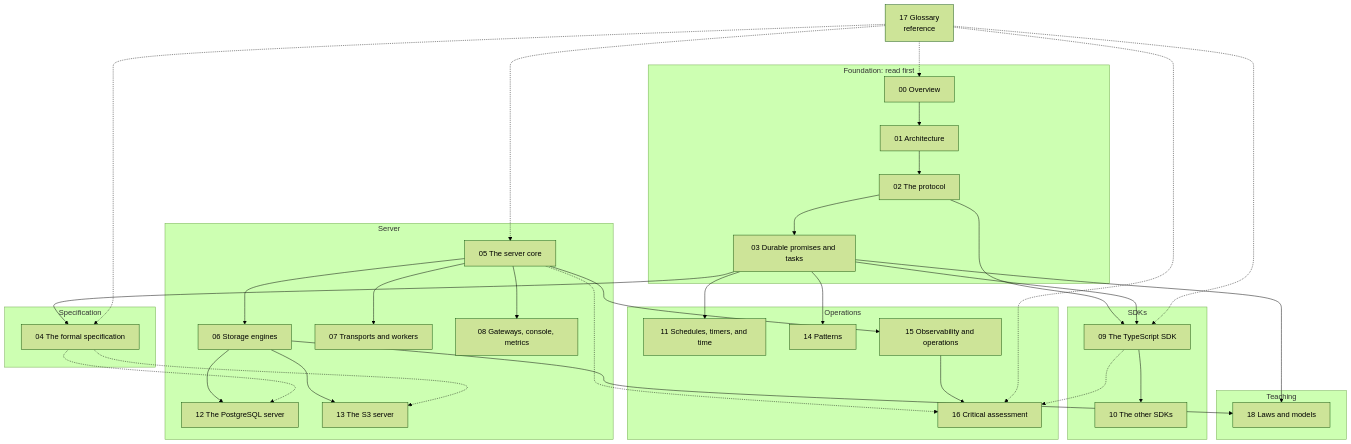
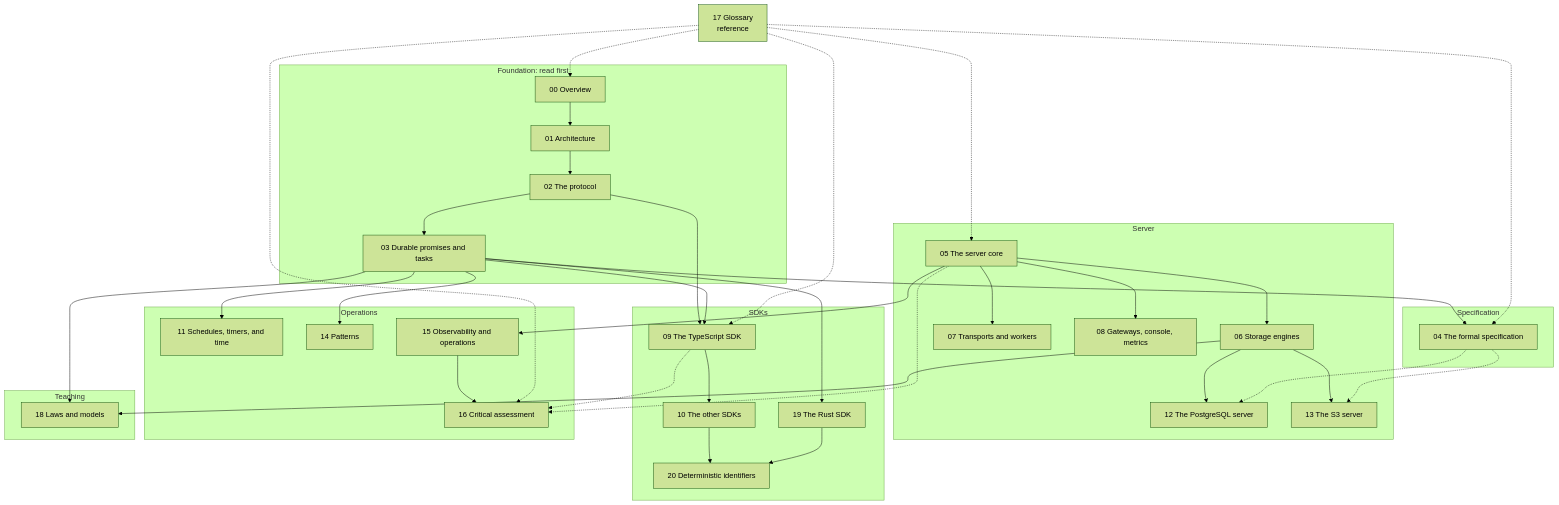
One commit to ewe-studios/explorations changed the second of 2 diagrams in src.durable-streams/src.resonate/markdown/README.md. Above: the diagram before and after it, drawn with Mermaid (forest theme). The commit also changed other lines of this file and 9 other files, not shown here.

````diff
--- a/src.durable-streams/src.resonate/markdown/README.md
+++ b/src.durable-streams/src.resonate/markdown/README.md
@@ -117,61 +118,66 @@
 ```mermaid
 flowchart TB
     subgraph F["Foundation: read first"]
         O["00 Overview"]
         A["01 Architecture"]
         P["02 The protocol"]
         D["03 Durable promises and tasks"]
         O --> A
         A --> P
         P --> D
     end
     subgraph SP["Specification"]
         FS["04 The formal specification"]
     end
     subgraph SV["Server"]
         C["05 The server core"]
         ST["06 Storage engines"]
         T["07 Transports and workers"]
         GW["08 Gateways, console, metrics"]
         PG["12 The PostgreSQL server"]
         S3S["13 The S3 server"]
         C --> ST
         C --> T
         C --> GW
         ST --> PG
         ST --> S3S
     end
     subgraph SDK["SDKs"]
         TS["09 The TypeScript SDK"]
         OS["10 The other SDKs"]
+        RS["19 The Rust SDK"]
+        ID["20 Deterministic identifiers"]
     end
     subgraph OP["Operations"]
         SCH["11 Schedules, timers, and time"]
         PAT["14 Patterns"]
         OBS["15 Observability and operations"]
         CR["16 Critical assessment"]
     end
     subgraph TE["Teaching"]
         LW["18 Laws and models"]
     end
     G["17 Glossary<br/>reference"]
     D --> FS
     P --> TS
     D --> TS
+    D --> RS
     TS --> OS
+    OS --> ID
+    RS --> ID
     D --> SCH
     D --> PAT
     C --> OBS
     OBS --> CR
     D --> LW
     ST --> LW
     FS -.-> PG
     FS -.-> S3S
     C -.-> CR
     TS -.-> CR
     G -.-> O
     G -.-> FS
     G -.-> C
     G -.-> TS
     G -.-> CR
 ```
````
